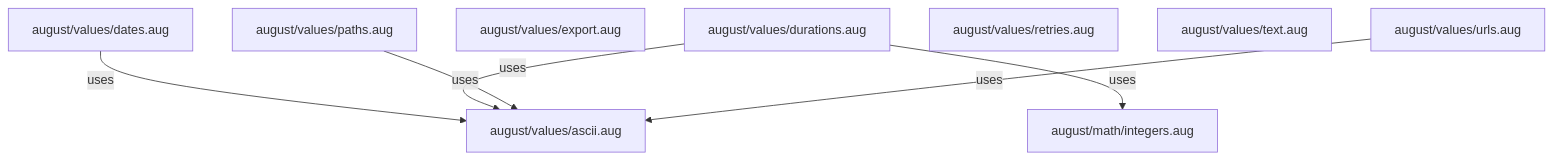
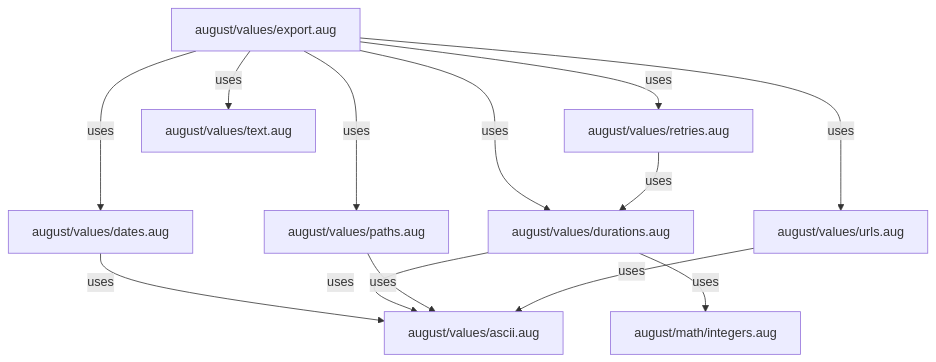
One commit to GreenPandaStudios/augscript changed the second of 2 diagrams in src/stdlib/values/.aug-spec/diagrams/index.md. Above: the diagram before and after it, drawn with Mermaid. The commit also changed 289 other files, not shown here.

Commit message:
Correct diagram control flow and complete generated wiki navigation

````diff
--- a/src/stdlib/values/.aug-spec/diagrams/index.md
+++ b/src/stdlib/values/.aug-spec/diagrams/index.md
@@ -19,17 +19,24 @@
 ```mermaid
 flowchart TD
     n0["august/math/integers.aug"]
     n1["august/values/ascii.aug"]
     n2["august/values/dates.aug"]
     n3["august/values/durations.aug"]
     n4["august/values/export.aug"]
     n5["august/values/paths.aug"]
     n6["august/values/retries.aug"]
     n7["august/values/text.aug"]
     n8["august/values/urls.aug"]
     n2 -->|"uses"| n1
     n3 -->|"uses"| n0
     n3 -->|"uses"| n1
+    n4 -->|"uses"| n2
+    n4 -->|"uses"| n3
+    n4 -->|"uses"| n5
+    n4 -->|"uses"| n6
+    n4 -->|"uses"| n7
+    n4 -->|"uses"| n8
     n5 -->|"uses"| n1
+    n6 -->|"uses"| n3
     n8 -->|"uses"| n1
 ```
````
